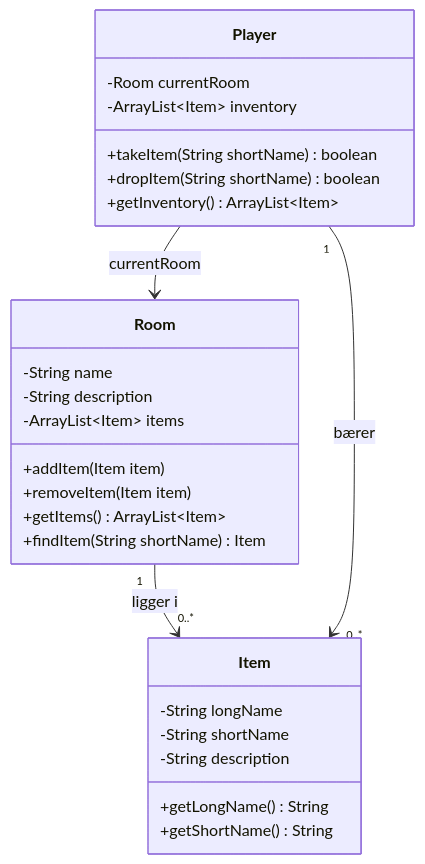
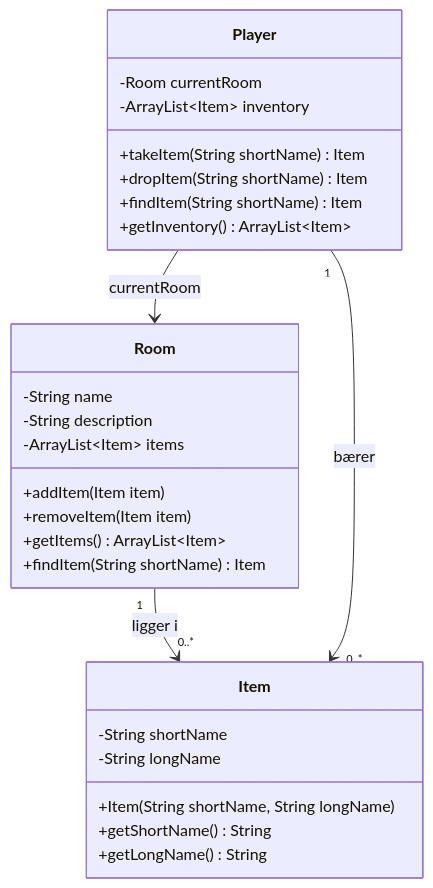
One commit to CheMical/DAT-GBG-DA-E26AB changed the diagram in projekter/adventure/del-2-items.md. Above: the diagram before and after it, drawn with Mermaid. The commit also changed other lines of this file and 20 other files, not shown here.

````diff
--- a/projekter/adventure/del-2-items.md
+++ b/projekter/adventure/del-2-items.md
@@ -118,30 +129,31 @@
 ```mermaid
 classDiagram
     class Room {
         -String name
         -String description
         -ArrayList~Item~ items
         +addItem(Item item)
         +removeItem(Item item)
         +getItems() ArrayList~Item~
         +findItem(String shortName) Item
     }
     class Player {
         -Room currentRoom
         -ArrayList~Item~ inventory
-        +takeItem(String shortName) boolean
-        +dropItem(String shortName) boolean
+        +takeItem(String shortName) Item
+        +dropItem(String shortName) Item
+        +findItem(String shortName) Item
         +getInventory() ArrayList~Item~
     }
     class Item {
+        -String shortName
         -String longName
-        -String shortName
-        -String description
+        +Item(String shortName, String longName)
+        +getShortName() String
         +getLongName() String
-        +getShortName() String
     }
 
     Room "1" --> "0..*" Item : ligger i
     Player "1" --> "0..*" Item : bærer
     Player --> Room : currentRoom
 ```
````
